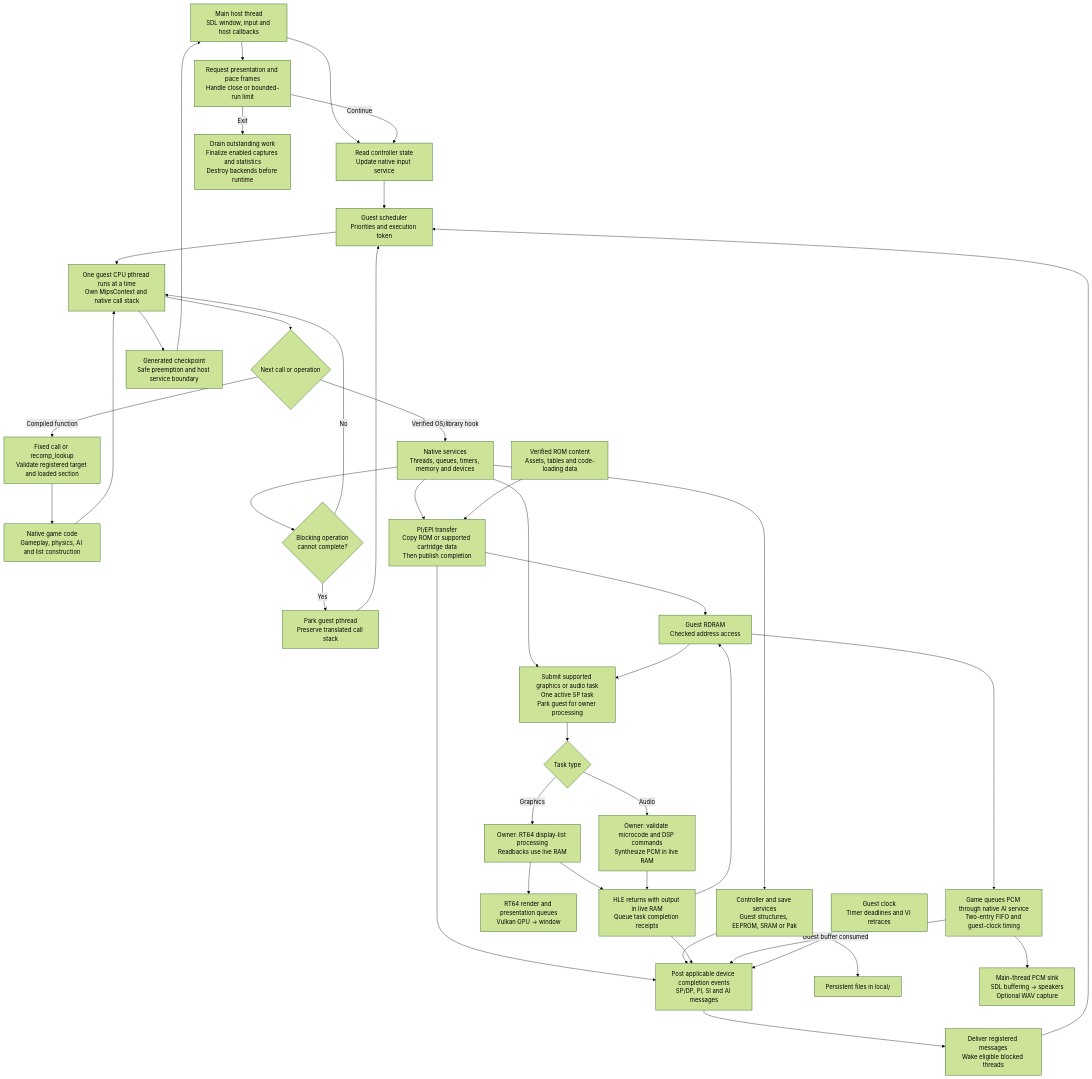
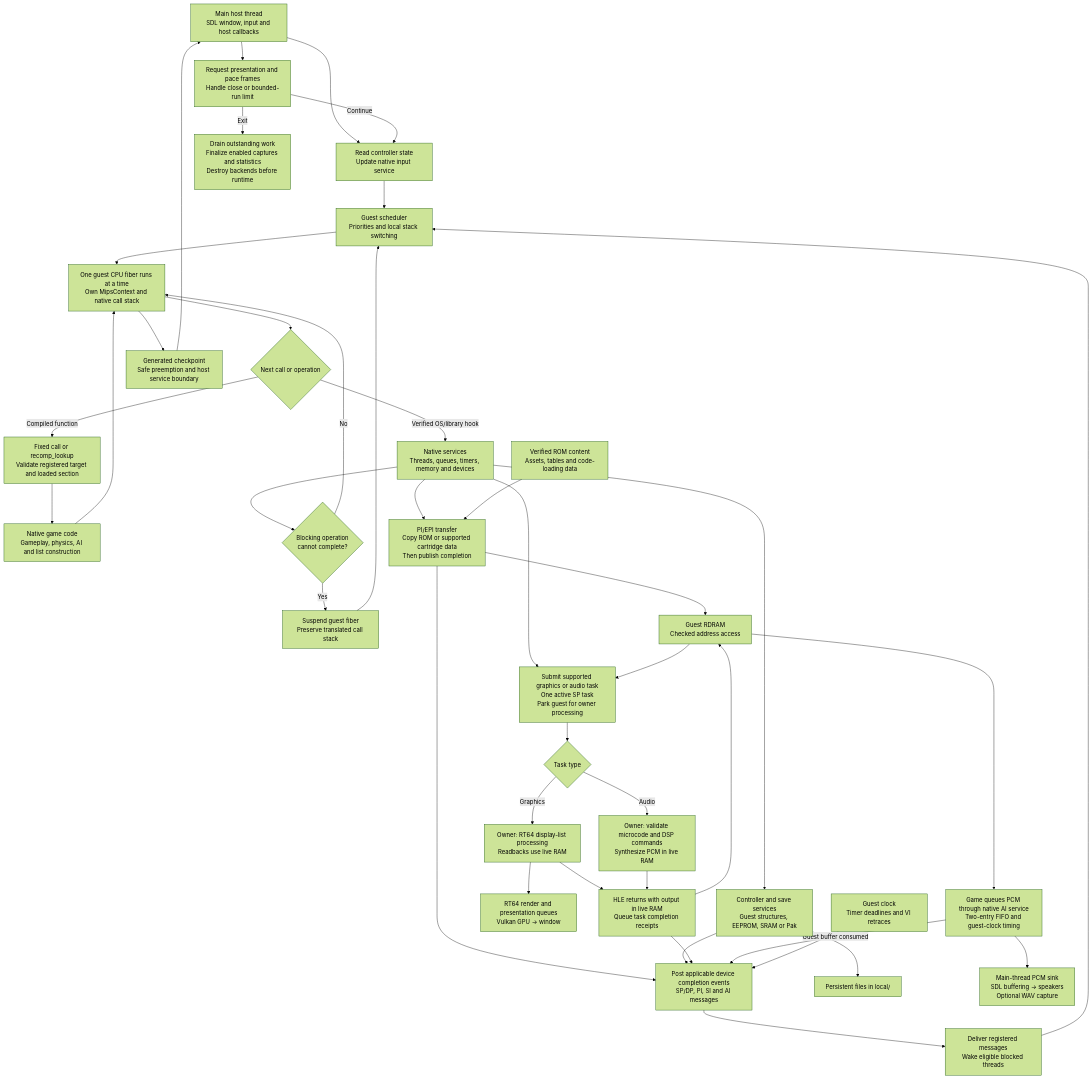
Before and after one commit to polaco1782/v64recomp: the third of 6 diagrams in docs/process-flow.md, drawn with Mermaid (forest theme). The commit also changed other lines of this file and 35 other files, not shown here.

````diff
--- a/docs/process-flow.md
+++ b/docs/process-flow.md
@@ -107,43 +107,43 @@
 ```mermaid
 flowchart TD
     Main["Main host thread<br/>SDL window, input and host callbacks"] --> Input["Read controller state<br/>Update native input service"]
-    Input --> Scheduler["Guest scheduler<br/>Priorities and execution token"]
-    Scheduler --> Guest["One guest CPU pthread runs at a time<br/>Own MipsContext and native call stack"]
+    Input --> Scheduler["Guest scheduler<br/>Priorities and local stack switching"]
+    Scheduler --> Guest["One guest CPU fiber runs at a time<br/>Own MipsContext and native call stack"]
     Guest --> Calls{"Next call or operation"}
     Calls -->|"Compiled function"| Registry["Fixed call or recomp_lookup<br/>Validate registered target and loaded section"]
     Registry --> Logic["Native game code<br/>Gameplay, physics, AI and list construction"]
     Logic --> Guest
     Calls -->|"Verified OS/library hook"| OS["Native services<br/>Threads, queues, timers, memory and devices"]
     OS --> Block{"Blocking operation<br/>cannot complete?"}
-    Block -->|Yes| Park["Park guest pthread<br/>Preserve translated call stack"]
+    Block -->|Yes| Park["Suspend guest fiber<br/>Preserve translated call stack"]
     Park --> Scheduler
     Block -->|No| Guest
     OS --> DMA["PI/EPI transfer<br/>Copy ROM or supported cartridge data<br/>Then publish completion"]
     Content["Verified ROM content<br/>Assets, tables and code-loading data"] --> DMA
     DMA --> RAM["Guest RDRAM<br/>Checked address access"]
     DMA --> Events
     OS --> IO["Controller and save services<br/>Guest structures, EEPROM, SRAM or Pak"]
     IO --> Files["Persistent files in local/"]
     IO --> Events
     OS --> SP["Submit supported graphics or audio task<br/>One active SP task<br/>Park guest for owner processing"]
     RAM --> SP
     SP --> Kind{"Task type"}
     Kind -->|Graphics| Video["Owner: RT64 display-list processing<br/>Readbacks use live RAM"]
     Kind -->|Audio| Audio["Owner: validate microcode and DSP commands<br/>Synthesize PCM in live RAM"]
     Video --> GPU["RT64 render and presentation queues<br/>Vulkan GPU → window"]
     Video --> Merge["HLE returns with output in live RAM<br/>Queue task completion receipts"]
     Audio --> Merge
     Merge --> Events["Post applicable device completion events<br/>SP/DP, PI, SI and AI messages"]
     Merge --> RAM
     RAM --> AI["Game queues PCM through native AI service<br/>Two-entry FIFO and guest-clock timing"]
     AI --> PCM["Main-thread PCM sink<br/>SDL buffering → speakers<br/>Optional WAV capture"]
     AI -->|"Guest buffer consumed"| Events
     Clock["Guest clock<br/>Timer deadlines and VI retraces"] --> Events
     Events --> Wake["Deliver registered messages<br/>Wake eligible blocked threads"]
     Wake --> Scheduler
     Guest --> Checkpoint["Generated checkpoint<br/>Safe preemption and host service boundary"]
     Checkpoint --> Main
     Main --> Present["Request presentation and pace frames<br/>Handle close or bounded-run limit"]
     Present -->|Continue| Input
     Present -->|Exit| Drain["Drain outstanding work<br/>Finalize enabled captures and statistics<br/>Destroy backends before runtime"]
 ```
````
